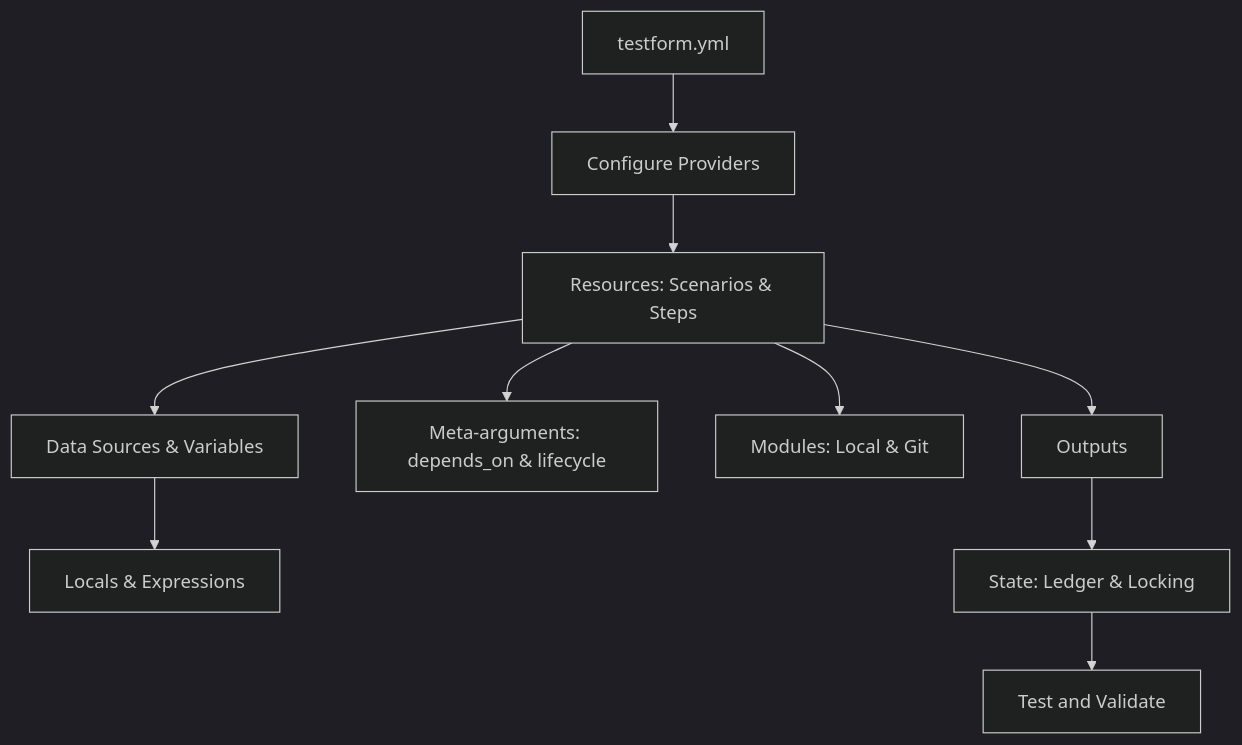
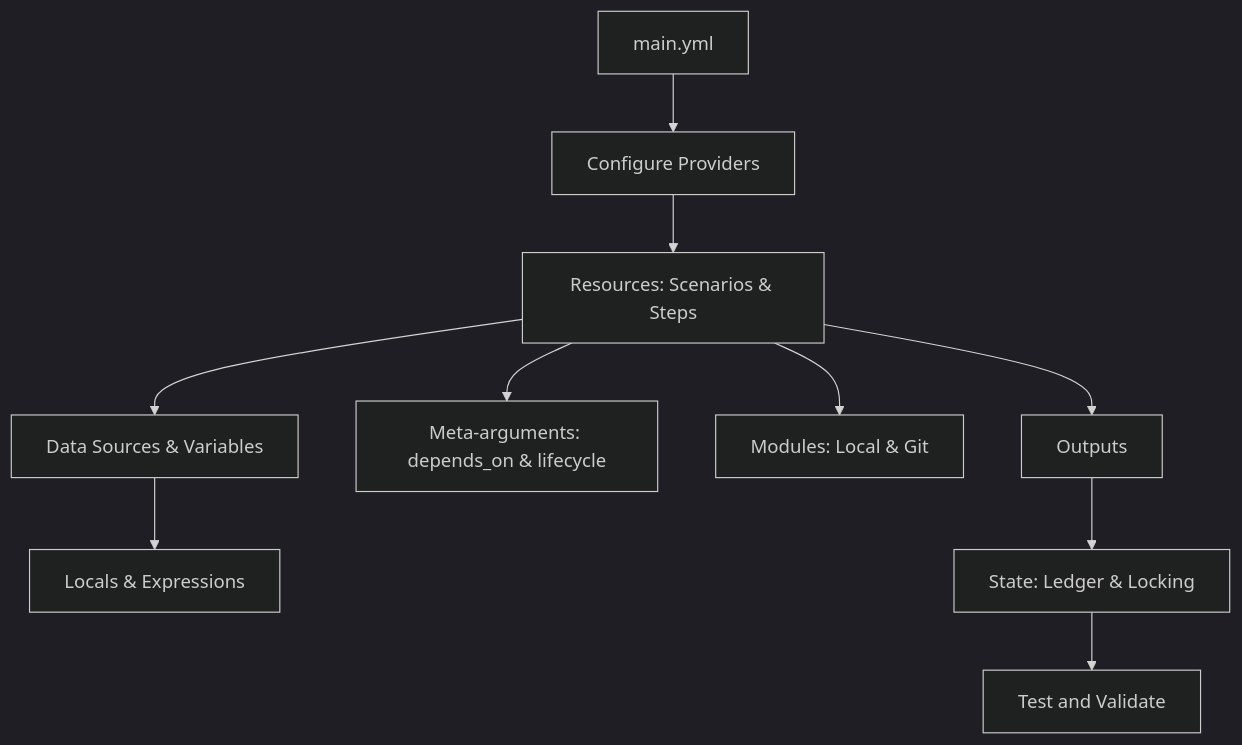
One commit to fromeroc9/testform changed the diagram in docs/content/es/docs/language/index.mdx. Above: the diagram before and after it, drawn with Mermaid (dark theme). The commit also changed other lines of this file and 88 other files, not shown here.

````diff
--- a/docs/content/es/docs/language/index.mdx
+++ b/docs/content/es/docs/language/index.mdx
@@ -22,12 +22,12 @@
 ```mermaid
 graph TD
-    A[testform.yml] --> B[Configure Providers]
+    A[main.yml] --> B[Configure Providers]
     B --> C[Resources: Scenarios & Steps]
     C --> D[Data Sources & Variables]
     D --> E[Locals & Expressions]
     C --> F[Meta-arguments: depends_on & lifecycle]
     C --> G[Modules: Local & Git]
     C --> H[Outputs]
     H --> I[State: Ledger & Locking]
     I --> J[Test and Validate]
 ```
````
